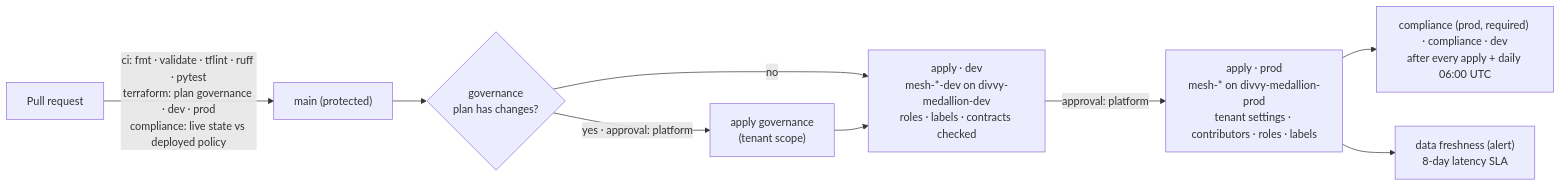
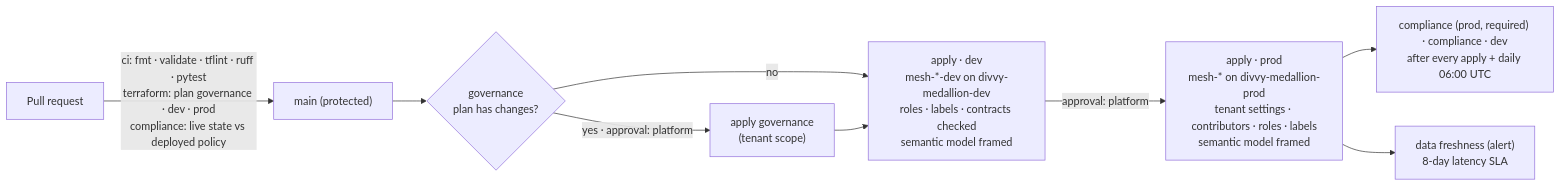
One commit to felipecastro-data/fabric-domain-architecture-purview-governance changed the fourth of 4 diagrams in README.md. Above: the diagram before and after it, drawn with Mermaid. The commit also changed other lines of this file, not shown here.

Commit message:
README: CI steps for contracts and the semantic model; bootstrap gotchas

````diff
--- a/README.md
+++ b/README.md
@@ -173,11 +173,11 @@
 ```mermaid
 flowchart LR
     PR["Pull request"] -->|"ci: fmt · validate · tflint · ruff · pytest<br/>terraform: plan governance · dev · prod<br/>compliance: live state vs deployed policy"| Main["main (protected)"]
     Main --> GP{"governance<br/>plan has changes?"}
     GP -->|"yes · approval: platform"| G["apply governance<br/>(tenant scope)"]
     GP -->|no| Dev
-    G --> Dev["apply · dev<br/>mesh-*-dev on divvy-medallion-dev<br/>roles · labels · contracts checked"]
-    Dev -->|"approval: platform"| Prod["apply · prod<br/>mesh-* on divvy-medallion-prod<br/>tenant settings · contributors · roles · labels"]
+    G --> Dev["apply · dev<br/>mesh-*-dev on divvy-medallion-dev<br/>roles · labels · contracts checked<br/>semantic model framed"]
+    Dev -->|"approval: platform"| Prod["apply · prod<br/>mesh-* on divvy-medallion-prod<br/>tenant settings · contributors · roles · labels<br/>semantic model framed"]
     Prod --> C["compliance (prod, required) · compliance · dev<br/>after every apply + daily 06:00 UTC"]
     Prod --> F["data freshness (alert)<br/>8-day latency SLA"]
 ```
````
